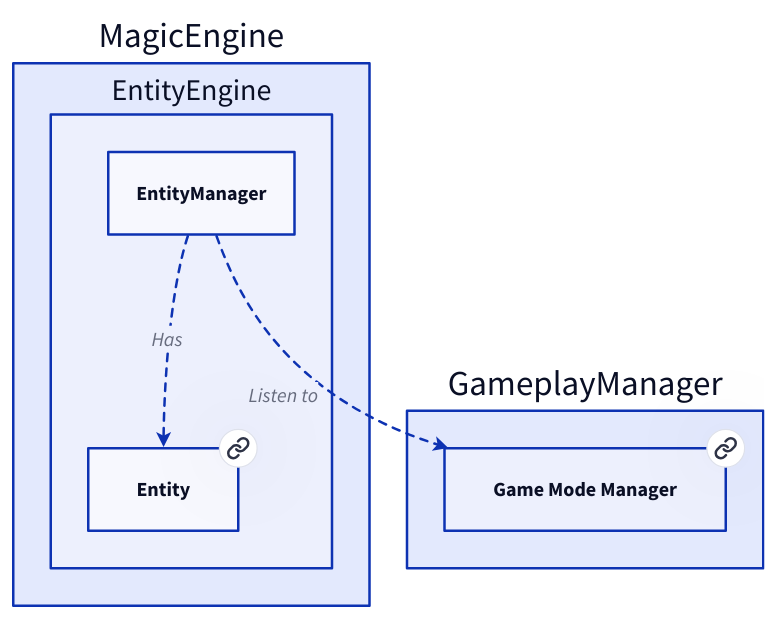
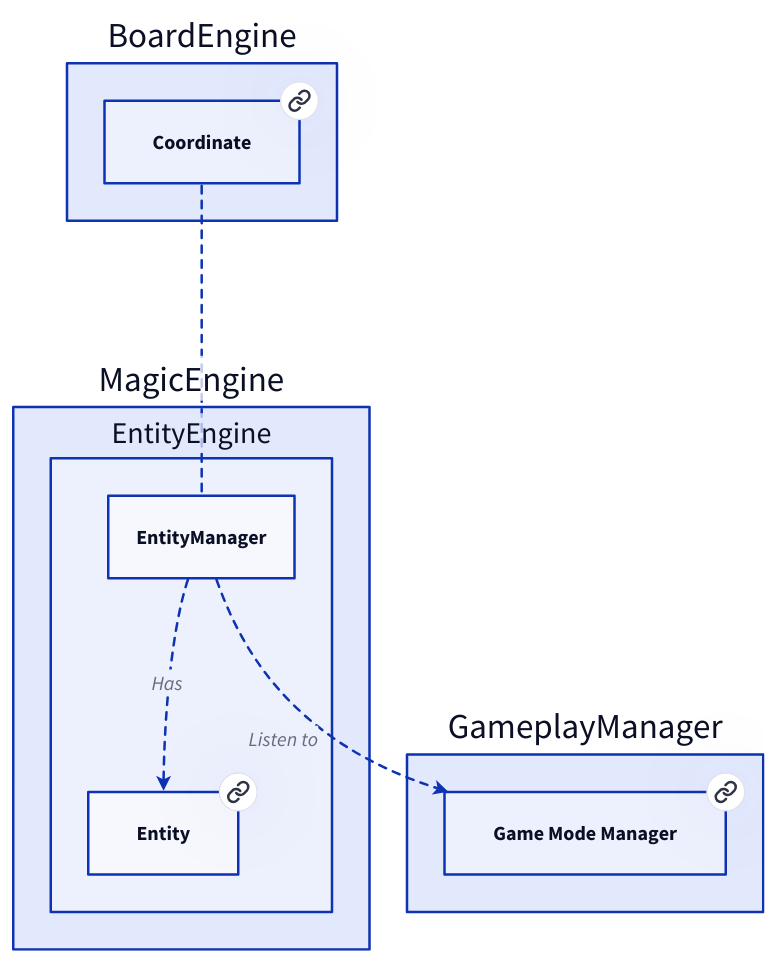
The diagram in doc/MagicEngine/EntityEngine/EntityManager.md (Portevent/Brume-Documentation), drawn with D2 before and after one commit. The commit also changed other lines of this file and 90 other files, not shown here.

````diff
--- a/doc/MagicEngine/EntityEngine/EntityManager.md
+++ b/doc/MagicEngine/EntityEngine/EntityManager.md
@@ -13,26 +13,32 @@
 ```d2
 # Nodes :
+BoardEngine: {
+    Coordinate: Coordinate {
+       link: Coordinate
+    }
+}
+GameplayManager: {
+    GameModeManager: Game Mode Manager {
+       link: GameModeManager
+    }
+}
 MagicEngine: {
     EntityEngine: {
         Entity: Entity {
            link: Entity
         }
     }
 }
-GameplayManager: {
-    GameModeManager: Game Mode Manager {
-       link: GameModeManager
-    }
-}
 
 # Links :
-MagicEngine.EntityEngine.EntityManager -> MagicEngine.EntityEngine.Entity: Has {style.stroke-dash: 3
+BoardEngine.Coordinate -- MagicEngine.EntityEngine.EntityManager: {style.stroke-dash: 3}
+MagicEngine.EntityEngine.EntityManager -> GameplayManager.GameModeManager: Listen to {style.stroke-dash: 3
 source-arrowhead: {}
 target-arrowhead: {shape: arrow}
 }
-MagicEngine.EntityEngine.EntityManager -> GameplayManager.GameModeManager: Listen to {style.stroke-dash: 3
+MagicEngine.EntityEngine.EntityManager -> MagicEngine.EntityEngine.Entity: Has {style.stroke-dash: 3
 source-arrowhead: {}
 target-arrowhead: {shape: arrow}
 }
 
 ```
````
